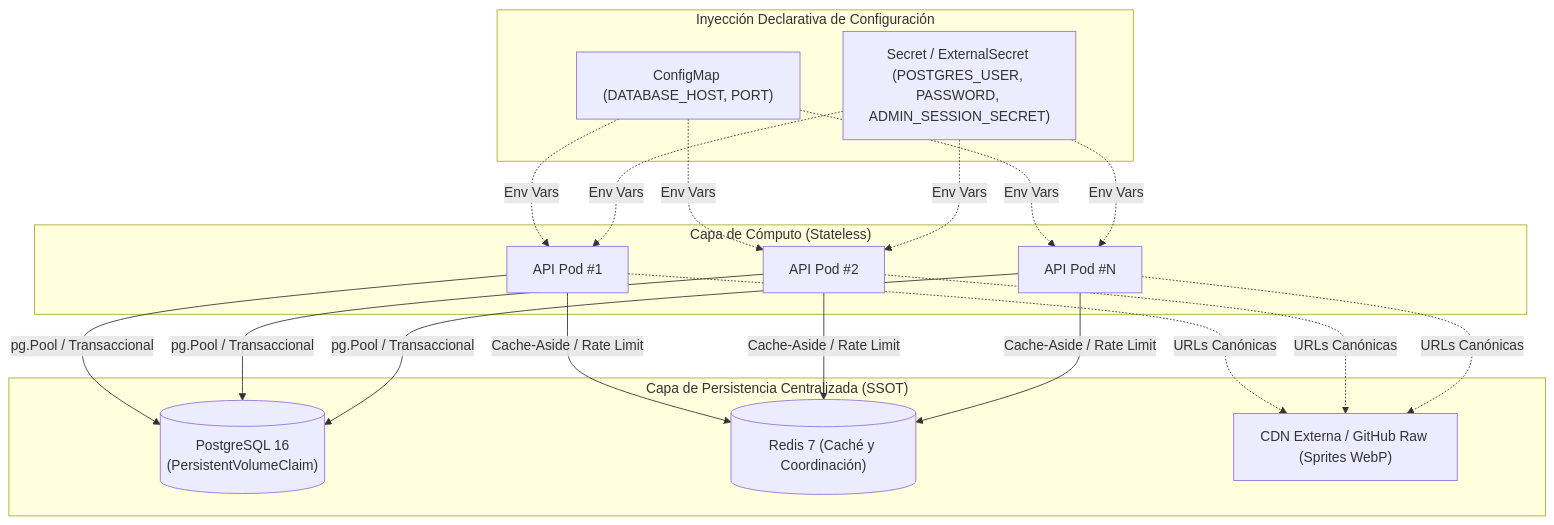
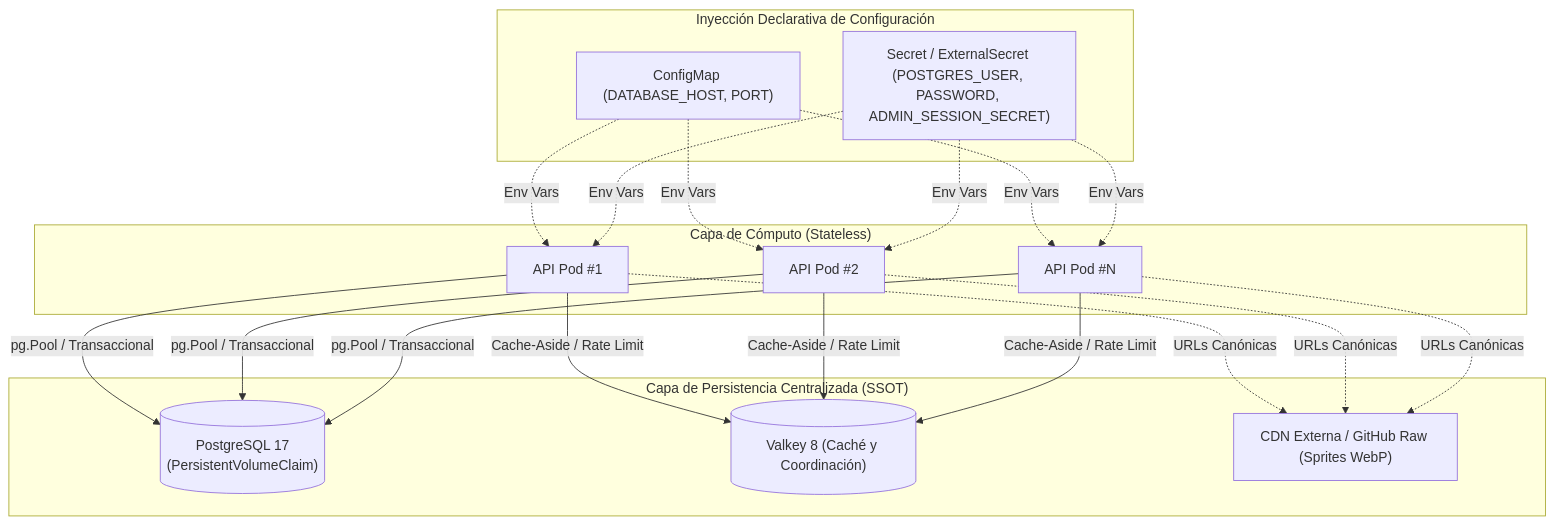
The second of 2 diagrams in docs/architecture/KUBERNETES_SCALING_ANALYSIS.md (rocapellino/pokedex), drawn with Mermaid before and after one commit. The commit also changed other lines of this file and 20 other files, not shown here.

````diff
--- a/docs/architecture/KUBERNETES_SCALING_ANALYSIS.md
+++ b/docs/architecture/KUBERNETES_SCALING_ANALYSIS.md
@@ -72,26 +72,26 @@
 ```mermaid
 flowchart TD
     subgraph StatelessLayer["Capa de Cómputo (Stateless)"]
         A1["API Pod #1"]
         A2["API Pod #2"]
         AN["API Pod #N"]
     end
 
     subgraph ConfigLayer["Inyección Declarativa de Configuración"]
         CM["ConfigMap (DATABASE_HOST, PORT)"]
         SEC["Secret / ExternalSecret (POSTGRES_USER, PASSWORD, ADMIN_SESSION_SECRET)"]
     end
 
     subgraph StatefulLayer["Capa de Persistencia Centralizada (SSOT)"]
-        PG[("PostgreSQL 16\n(PersistentVolumeClaim)")]
-        RD[("Redis 7 (Caché y Coordinación)")]
+        PG[("PostgreSQL 17\n(PersistentVolumeClaim)")]
+        RD[("Valkey 8 (Caché y Coordinación)")]
         CDN["CDN Externa / GitHub Raw (Sprites WebP)"]
     end
 
     CM -.->|Env Vars| A1 & A2 & AN
     SEC -.->|Env Vars| A1 & A2 & AN
 
     A1 & A2 & AN -->|pg.Pool / Transaccional| PG
     A1 & A2 & AN -->|Cache-Aside / Rate Limit| RD
     A1 & A2 & AN -.->|URLs Canónicas| CDN
 ```
````
